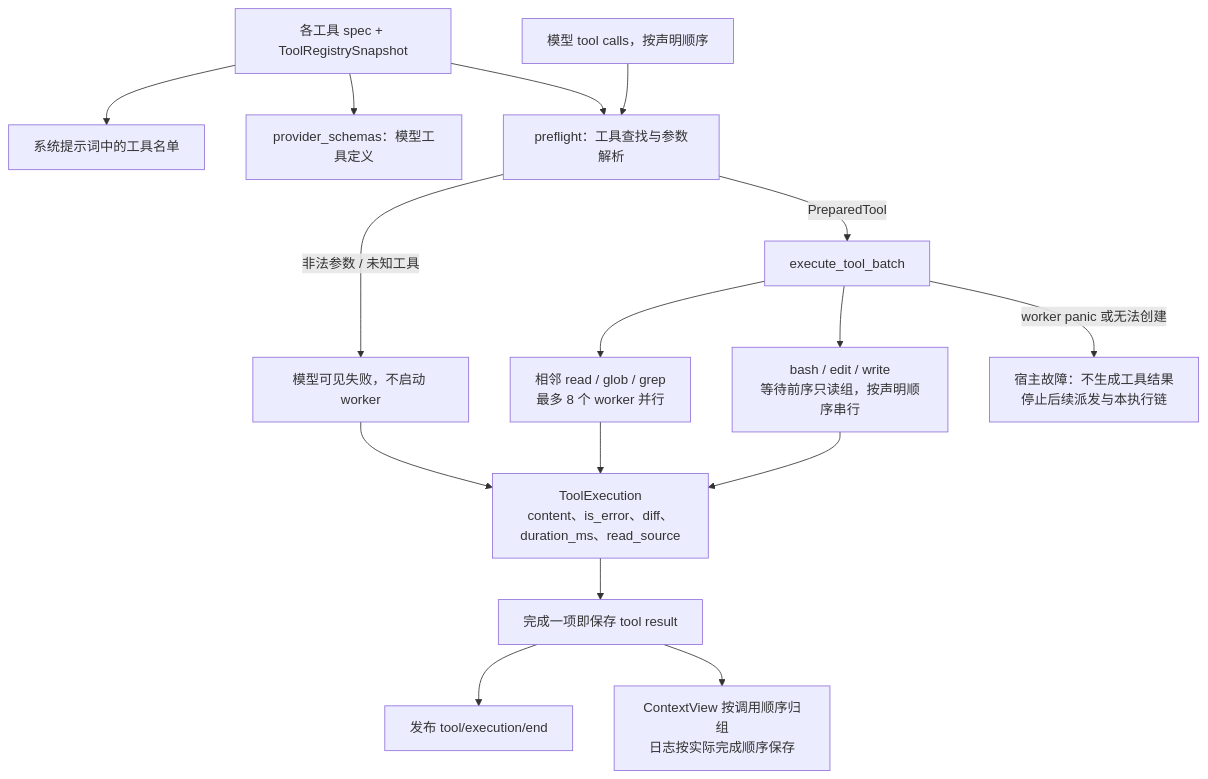
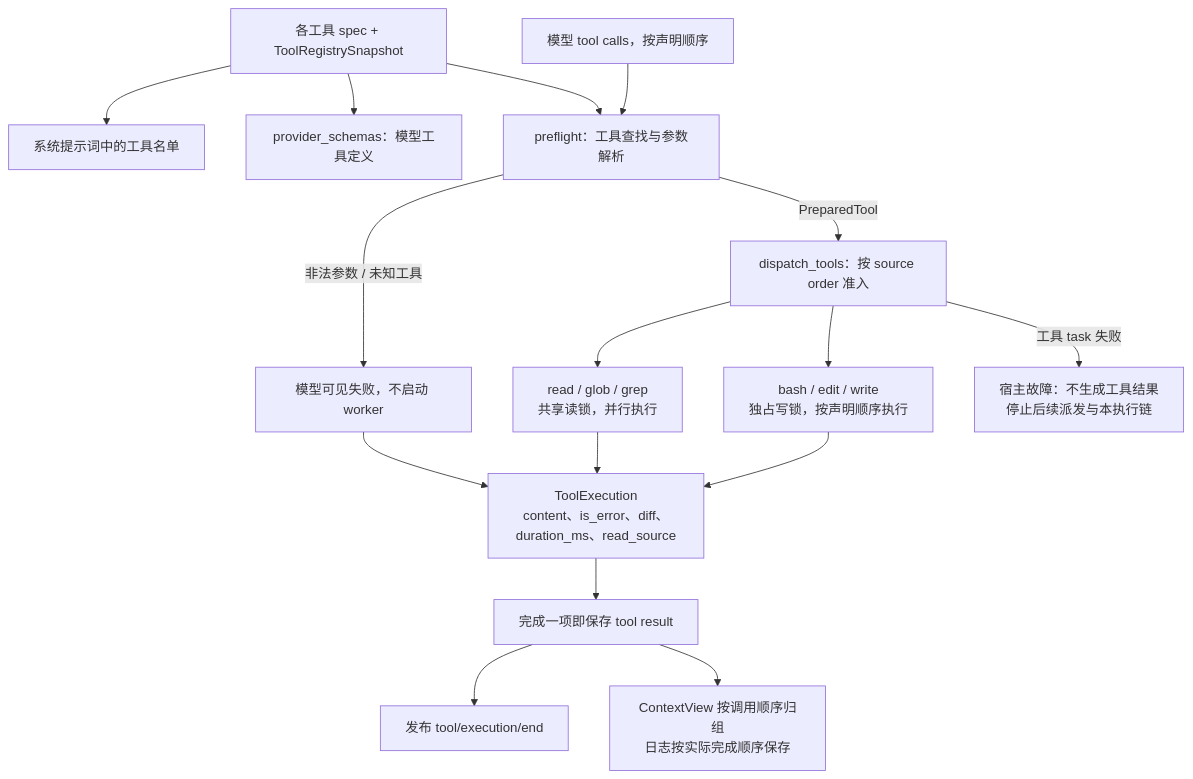
Before and after one commit to qjcnmd/singularity-agent: diagram 24 of 29 in docs/architecture.md, drawn with Mermaid. The commit also changed other lines of this file and 63 other files, not shown here.

````diff
--- a/docs/architecture.md
+++ b/docs/architecture.md
@@ -673,18 +673,18 @@
 ```mermaid
 flowchart TB
     Specs["各工具 spec + ToolRegistrySnapshot"] --> Prompt["系统提示词中的工具名单"]
     Specs --> Schema["provider_schemas：模型工具定义"]
     Calls["模型 tool calls，按声明顺序"] --> Preflight["preflight：工具查找与参数解析"]
     Specs --> Preflight
     Preflight -->|"非法参数 / 未知工具"| Rejected["模型可见失败，不启动 worker"]
-    Preflight -->|"PreparedTool"| Batch["execute_tool_batch"]
-    Batch --> ReadOnly["相邻 read / glob / grep<br/>最多 8 个 worker 并行"]
-    Batch --> Barrier["bash / edit / write<br/>等待前序只读组，按声明顺序串行"]
-    Batch -->|"worker panic 或无法创建"| HostFatal["宿主故障：不生成工具结果<br/>停止后续派发与本执行链"]
+    Preflight -->|"PreparedTool"| Dispatch["dispatch_tools：按 source order 准入"]
+    Dispatch --> ReadOnly["read / glob / grep<br/>共享读锁，并行执行"]
+    Dispatch --> Barrier["bash / edit / write<br/>独占写锁，按声明顺序执行"]
+    Dispatch -->|"工具 task 失败"| HostFatal["宿主故障：不生成工具结果<br/>停止后续派发与本执行链"]
     ReadOnly --> Result["ToolExecution<br/>content、is_error、diff、duration_ms、read_source"]
     Barrier --> Result
     Rejected --> Result
     Result --> Persist["完成一项即保存 tool result"]
     Persist --> Event["发布 tool/execution/end"]
     Persist --> ModelOrder["ContextView 按调用顺序归组<br/>日志按实际完成顺序保存"]
 ```
````
